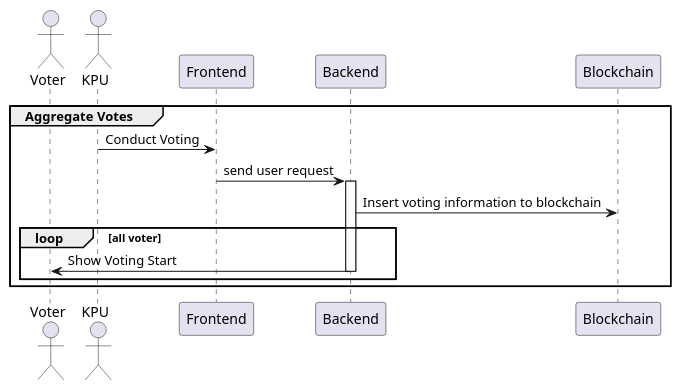
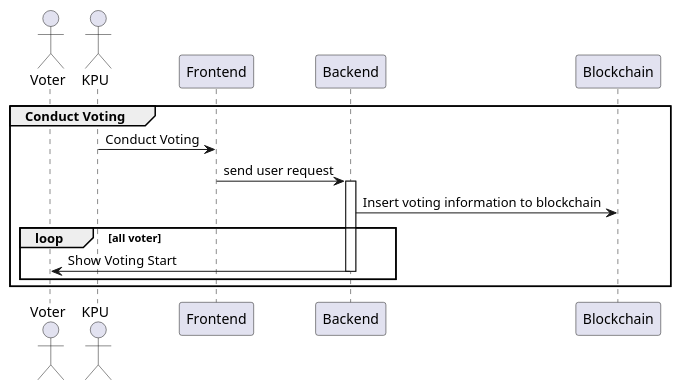
Before and after one commit to IF5200-Class1-Team4/E-Voting: the diagram in Diagram/Conduct Voting.puml, drawn with PlantUML. The commit also changed 6 other files, not shown here.

Commit message:
Update Diagram

```diff
--- a/Diagram/Conduct Voting.puml
+++ b/Diagram/Conduct Voting.puml
@@ -1,26 +1,26 @@
 @startuml global sequence diagram
 skinparam maxMessageSize 300
 
 ' actor "User" as user
 actor "Voter" as user1
 ' actor "Candidate" as user2
 actor "KPU" as user3
 participant "Frontend" as system1
 participant "Backend" as system2
 participant "Blockchain" as system3
 
-group Aggregate Votes
+group Conduct Voting
     user3 -> system1: Conduct Voting
 
     system1 -> system2 ++: send user request
 
     system2 -> system3: Insert voting information to blockchain
     
     loop all voter
     system2 -> user1 : Show Voting Start
     system2 --
     end
     
 
 end
 @enduml
```
